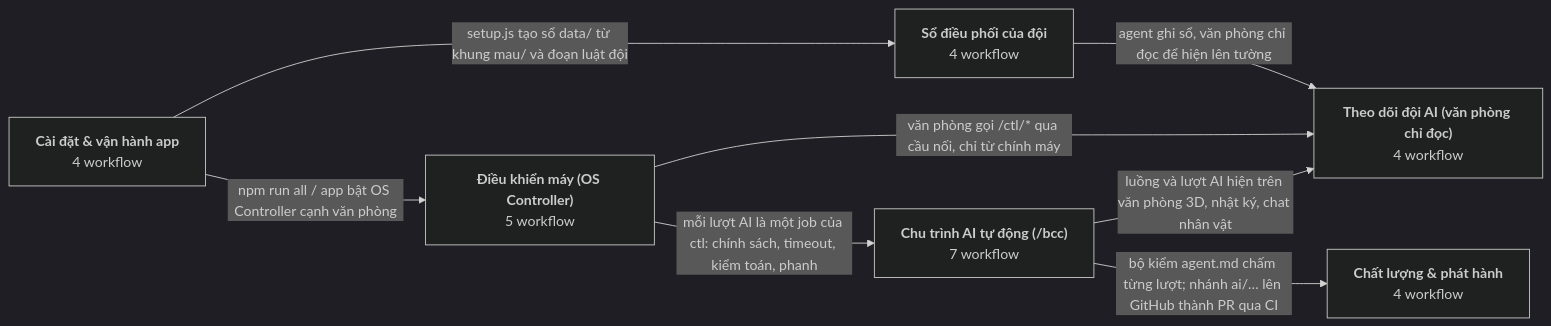
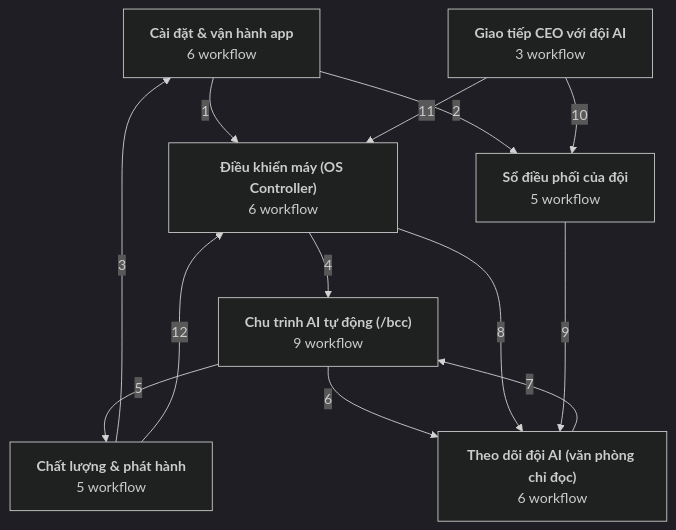
Before and after one commit to Thequancute215-sys/V-n-ph-ng-ch-nh-ph-: the first of 10 diagrams in docs/BAN-DO-HE-THONG.md, drawn with Mermaid (dark theme). The commit also changed other lines of this file and 9 other files, not shown here.

````diff
--- a/docs/BAN-DO-HE-THONG.md
+++ b/docs/BAN-DO-HE-THONG.md
@@ -15,16 +15,22 @@
 ```mermaid
-flowchart LR
-  cai_dat_van_hanh["<b>Cài đặt & vận hành app</b><br/>4 workflow"]
-  theo_doi_doi_ai["<b>Theo dõi đội AI (văn phòng chỉ đọc)</b><br/>4 workflow"]
-  so_dieu_phoi["<b>Sổ điều phối của đội</b><br/>4 workflow"]
-  chu_trinh_ai["<b>Chu trình AI tự động (/bcc)</b><br/>7 workflow"]
-  dieu_khien_may["<b>Điều khiển máy (OS Controller)</b><br/>5 workflow"]
-  chat_luong_phat_hanh["<b>Chất lượng & phát hành</b><br/>4 workflow"]
-  cai_dat_van_hanh -->|"setup.js tạo sổ data/ từ khung mau/ và đoạn luật đội"| so_dieu_phoi
-  cai_dat_van_hanh -->|"npm run all / app bật OS Controller cạnh văn phòng"| dieu_khien_may
-  dieu_khien_may -->|"mỗi lượt AI là một job của ctl: chính sách, timeout, kiểm toán, phanh"| chu_trinh_ai
-  chu_trinh_ai -->|"bộ kiểm agent.md chấm từng lượt; nhánh ai/… lên GitHub thành PR qua CI"| chat_luong_phat_hanh
-  so_dieu_phoi -->|"agent ghi sổ, văn phòng chỉ đọc để hiện lên tường"| theo_doi_doi_ai
-  dieu_khien_may -->|"văn phòng gọi /ctl/* qua cầu nối, chỉ từ chính máy"| theo_doi_doi_ai
-  chu_trinh_ai -->|"luồng và lượt AI hiện trên văn phòng 3D, nhật ký, chat nhân vật"| theo_doi_doi_ai
+flowchart TD
+  domain_cai_dat_van_hanh["<b>Cài đặt & vận hành app</b><br/>6 workflow"]
+  domain_theo_doi_doi_ai["<b>Theo dõi đội AI (văn phòng chỉ đọc)</b><br/>6 workflow"]
+  domain_giao_tiep_ceo_doi["<b>Giao tiếp CEO với đội AI</b><br/>3 workflow"]
+  domain_so_dieu_phoi["<b>Sổ điều phối của đội</b><br/>5 workflow"]
+  domain_chu_trinh_ai["<b>Chu trình AI tự động (/bcc)</b><br/>9 workflow"]
+  domain_dieu_khien_may["<b>Điều khiển máy (OS Controller)</b><br/>6 workflow"]
+  domain_chat_luong_phat_hanh["<b>Chất lượng & phát hành</b><br/>5 workflow"]
+  domain_cai_dat_van_hanh -->|1| domain_dieu_khien_may
+  domain_cai_dat_van_hanh -->|2| domain_so_dieu_phoi
+  domain_chat_luong_phat_hanh -->|3| domain_cai_dat_van_hanh
+  domain_dieu_khien_may -->|4| domain_chu_trinh_ai
+  domain_chu_trinh_ai -->|5| domain_chat_luong_phat_hanh
+  domain_chu_trinh_ai -->|6| domain_theo_doi_doi_ai
+  domain_theo_doi_doi_ai -->|7| domain_chu_trinh_ai
+  domain_dieu_khien_may -->|8| domain_theo_doi_doi_ai
+  domain_so_dieu_phoi -->|9| domain_theo_doi_doi_ai
+  domain_giao_tiep_ceo_doi -->|10| domain_so_dieu_phoi
+  domain_giao_tiep_ceo_doi -->|11| domain_dieu_khien_may
+  domain_chat_luong_phat_hanh -->|12| domain_dieu_khien_may
 ```
````
